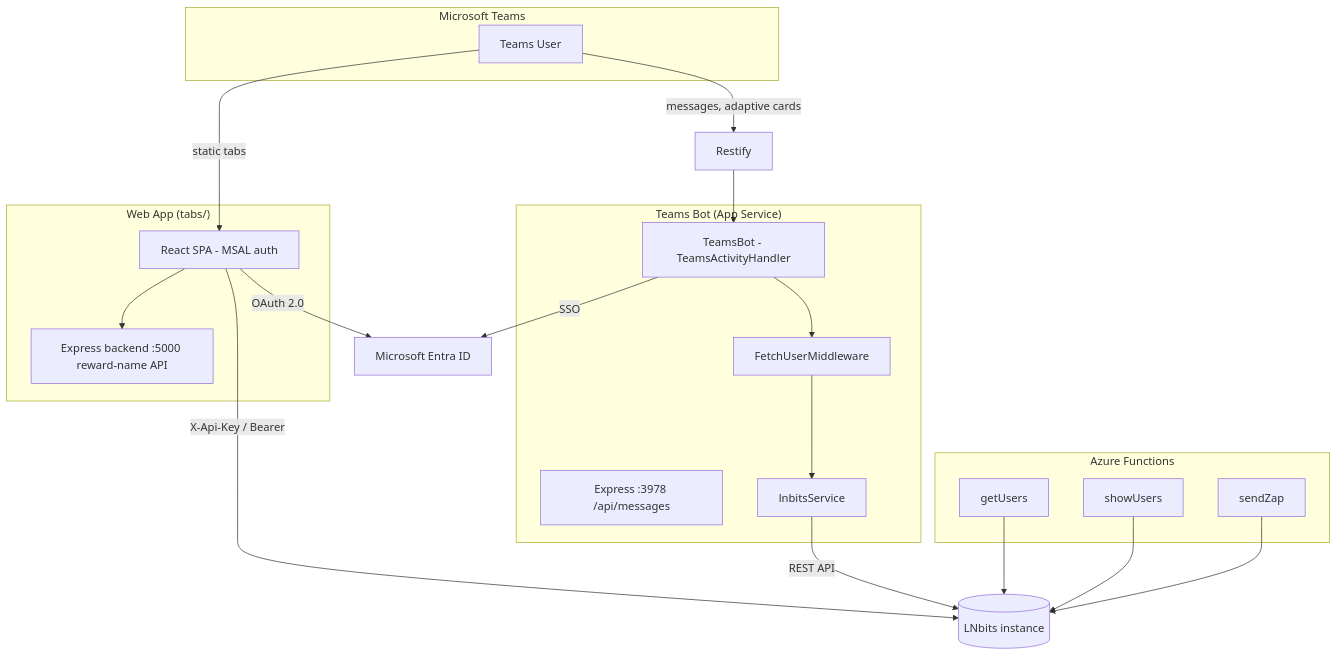
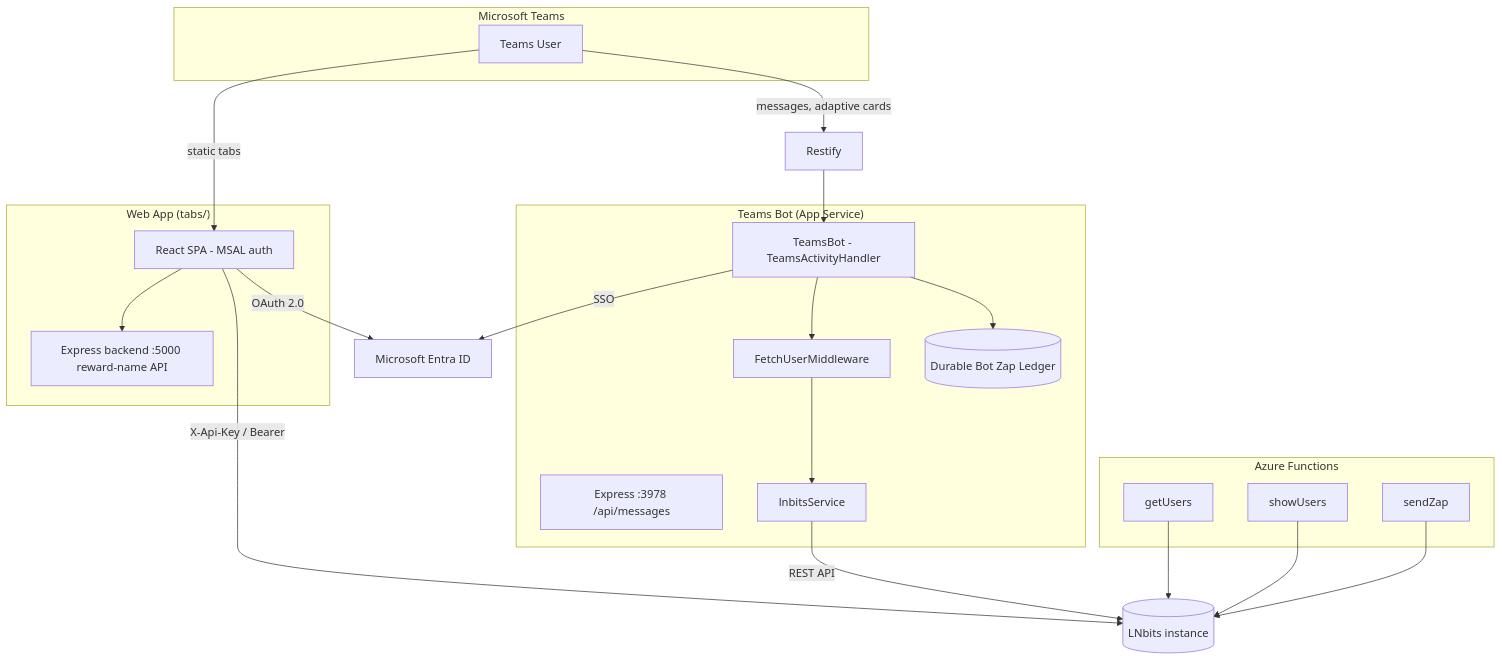
Before and after one commit to ecortez91/zaplie-bot: the first of 2 diagrams in docs/SOLUTION_DESIGN.adoc, drawn with Mermaid. The commit also changed other lines of this file and 13 other files, not shown here.

First line of the commit message:
fix(bot): persist zap submission ledger

```diff
--- a/docs/SOLUTION_DESIGN.adoc
+++ b/docs/SOLUTION_DESIGN.adoc
@@ -19,36 +19,38 @@
 [mermaid]
 ....
 flowchart TB
     subgraph Teams["Microsoft Teams"]
         User[Teams User]
     end
     subgraph Bot["Teams Bot (App Service)"]
         Express[Express :3978 /api/messages]
         TB[TeamsBot - TeamsActivityHandler]
         MW[FetchUserMiddleware]
         LNS[lnbitsService]
+        BZL[(Durable Bot Zap Ledger)]
     end
     subgraph Tabs["Web App (tabs/)"]
         CRA[React SPA - MSAL auth]
         BE[Express backend :5000 reward-name API]
     end
     subgraph Func["Azure Functions"]
         F1[getUsers]
         F2[showUsers]
         F3[sendZap]
     end
     LN[(LNbits instance)]
     AAD[Microsoft Entra ID]
 
     User -->|messages, adaptive cards| Restify --> TB
     TB --> MW --> LNS
+    TB --> BZL
     User -->|static tabs| CRA
     CRA -->|X-Api-Key / Bearer| LN
     CRA --> BE
     LNS -->|REST API| LN
     F1 --> LN
     F2 --> LN
     F3 --> LN
     CRA -->|OAuth 2.0| AAD
     TB -->|SSO| AAD
 ....
```
